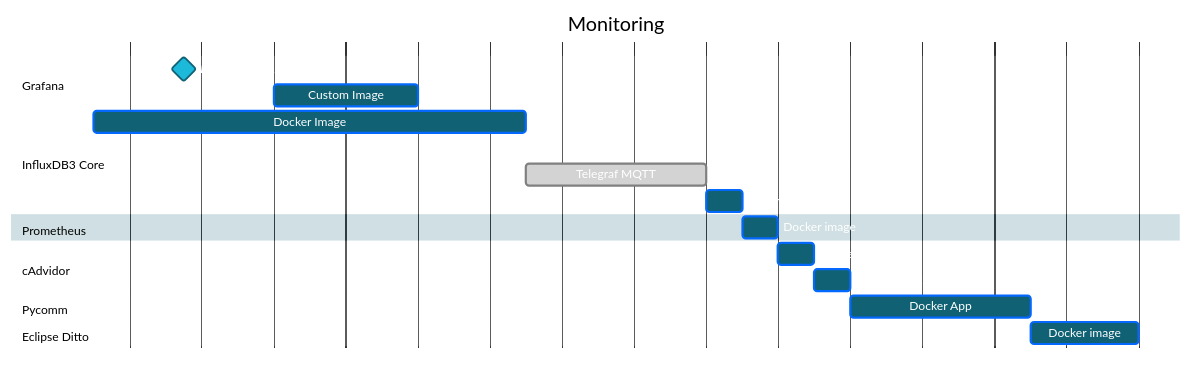
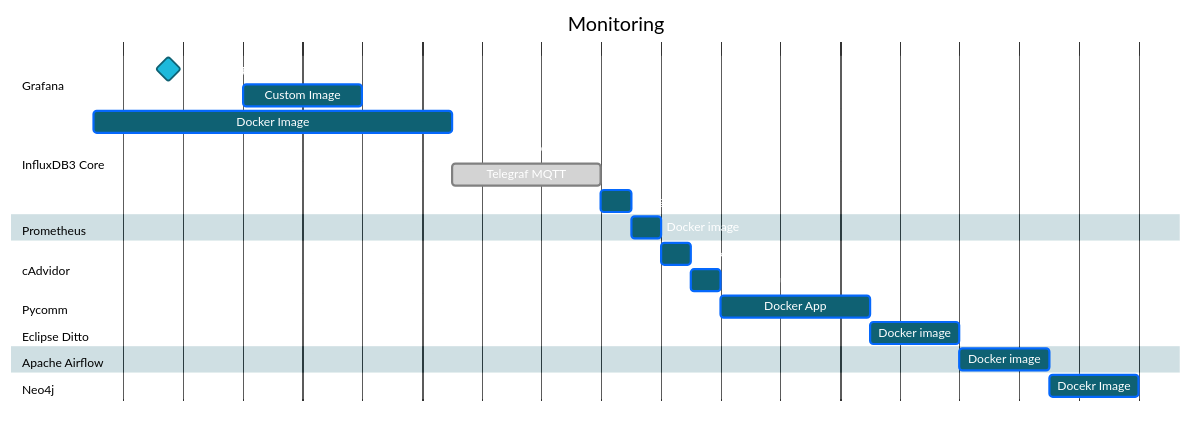
The first of 2 diagrams in docs/README.md (laeamdz36/influx-telegraf_opcmqtt), drawn with Mermaid before and after one commit. The commit also changed other lines of this file and 4 other files, not shown here.

````diff
--- a/docs/README.md
+++ b/docs/README.md
@@ -10,35 +23,39 @@
 ```mermaid
 ---
 config:
   theme: 'base'
   themeVariables:
     primaryColor: '#0f6173ff'
     primaryTextColor: '#fff'
     primaryBorderColor: '#0568fcff'
     lineColor: '#F8B229'
     secondaryColor: '#006100'
     tertiaryColor: '#fff'  
 ---
 gantt
     title Monitoring
     dateFormat YYYY-MM-DD
     dateFormat YYYY-MM-DD
     section Grafana
         Provisioning Test   :milestone,active, :a1, 2025-11-10, 5d
         Custom Image    : 4d
     section InfluxDB3 Core
         Docker Image :2025-11-10, 12d
         Token generation :done, 2025-11-10 3d
         Telegraf MQTT    :done, 5d
         Telegraf OPC    : 1d
     section Prometheus
         Docker image :1d
     section cAdvidor
         Docker image :1d
         Test on linux :1d
     section Pycomm
         Docker App :5d
     section Eclipse Ditto
         Docker image :3d
+    section Apache Airflow
+        Docker image :3d
+    section Neo4j
+        Docekr Image :3d
 
 ```
````
